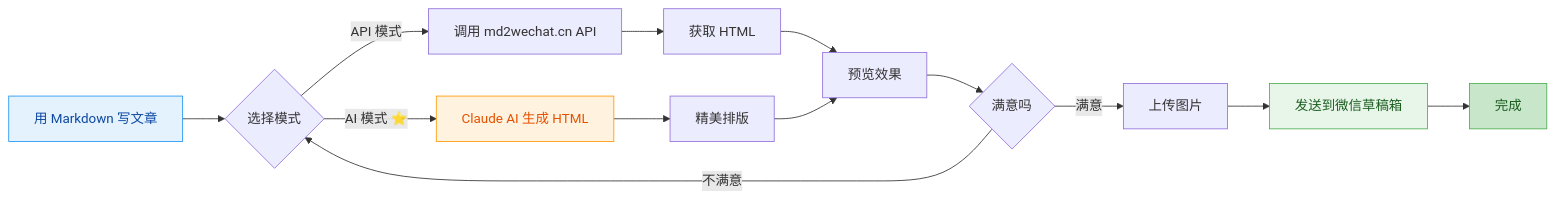
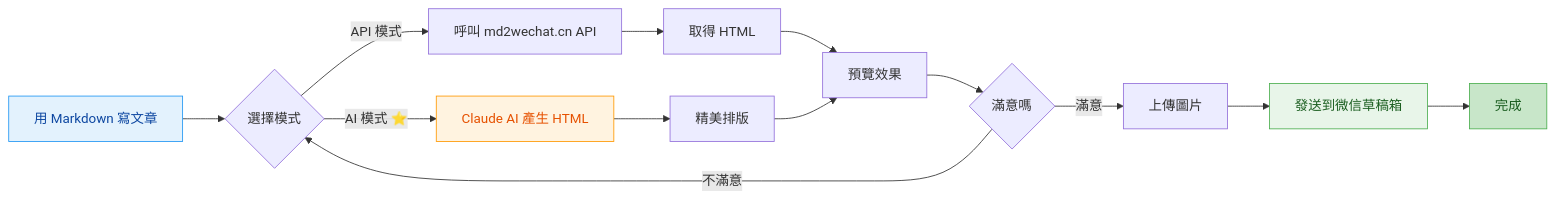
Before and after one commit to lalawgwg99/InkFlow-Gemini: the first of 4 diagrams in README.md, drawn with Mermaid. The commit also changed other lines of this file and 23 other files, not shown here.

````diff
--- a/README.md
+++ b/README.md
@@ -59,29 +59,29 @@
 ```mermaid
 flowchart LR
-    A[用 Markdown 写文章] --> B{选择模式}
+    A[用 Markdown 寫文章] --> B{選擇模式}
 
-    B -->|API 模式| C[调用 md2wechat.cn API]
-    C --> D[获取 HTML]
+    B -->|API 模式| C[呼叫 md2wechat.cn API]
+    C --> D[取得 HTML]
 
-    B -->|AI 模式 ⭐| E[Claude AI 生成 HTML]
+    B -->|AI 模式 ⭐| E[Claude AI 產生 HTML]
     E --> F[精美排版]
 
-    D --> G[预览效果]
+    D --> G[預覽效果]
     F --> G
 
-    G --> H{满意吗}
-    H -->|不满意| B
-    H -->|满意| I[上传图片]
-    I --> J[发送到微信草稿箱]
+    G --> H{滿意嗎}
+    H -->|不滿意| B
+    H -->|滿意| I[上傳圖片]
+    I --> J[發送到微信草稿箱]
     J --> K[完成]
 
     classDef nodeA fill:#e3f2fd,stroke:#2196f3,color:#0d47a1
     classDef nodeE fill:#fff3e0,stroke:#ff9800,color:#e65100
     classDef nodeJ fill:#e8f5e9,stroke:#4caf50,color:#1b5e20
     classDef nodeK fill:#c8e6c9,stroke:#4caf50,color:#1b5e20
 
     class A nodeA
     class E nodeE
     class J nodeJ
     class K nodeK
 ```
````
